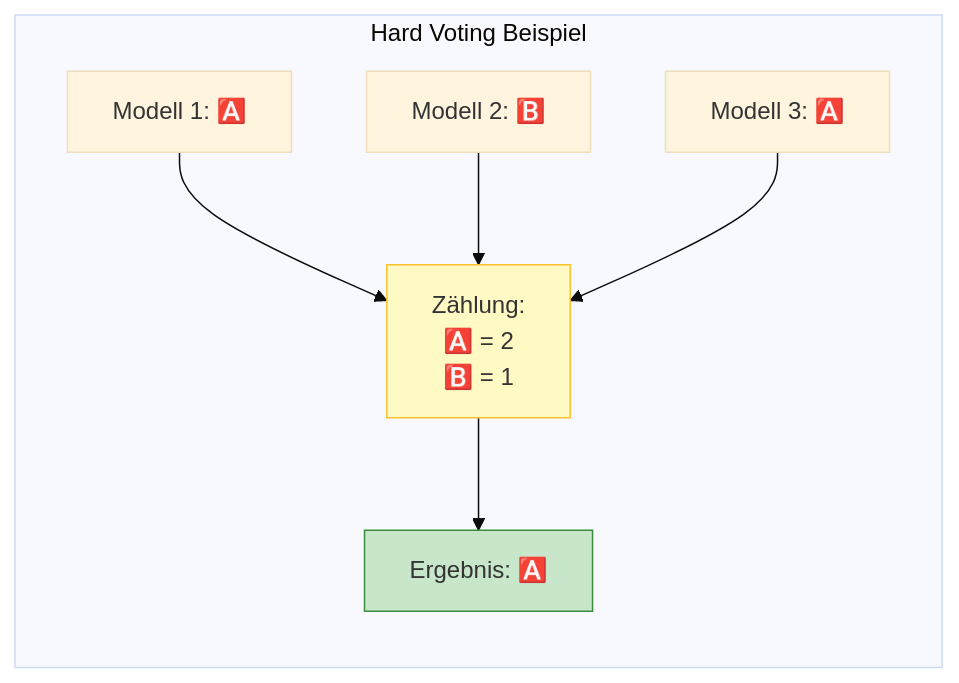
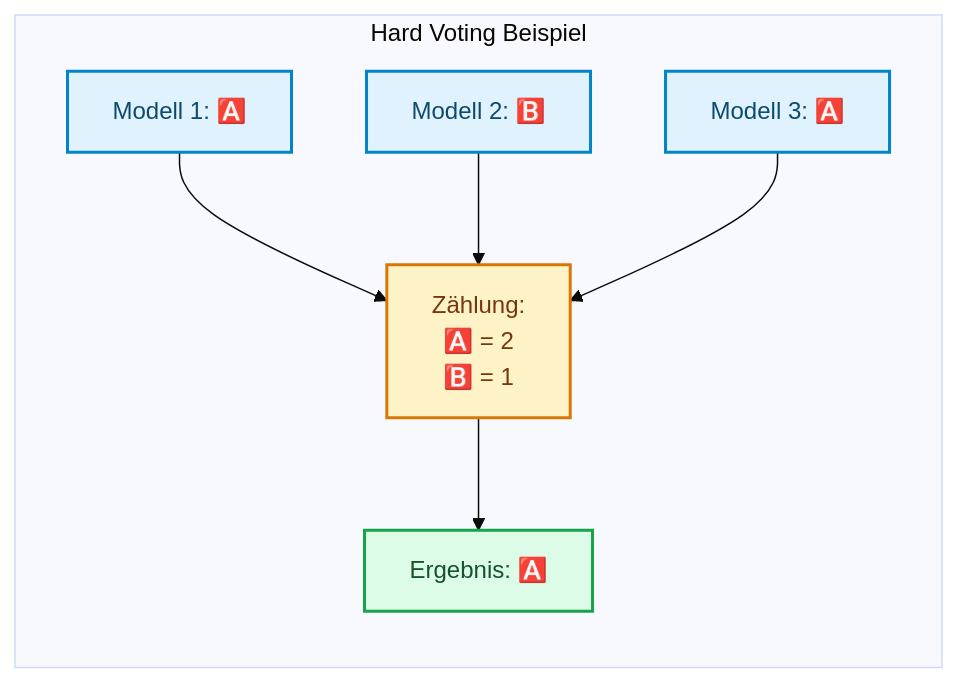
The third of 9 diagrams in docs/concepts/modeling/stacking.md (ralf-42/ML_Intro), drawn with Mermaid (base theme) before and after one commit. The commit also changed other lines of this file and 67 other files, not shown here.

````diff
--- a/docs/concepts/modeling/stacking.md
+++ b/docs/concepts/modeling/stacking.md
@@ -94,17 +98,20 @@
 ```mermaid
 flowchart LR
     subgraph HV["Hard Voting Beispiel"]
         M1["Modell 1: 🅰️"] 
         M2["Modell 2: 🅱️"]
         M3["Modell 3: 🅰️"]
         
         M1 --> COUNT["Zählung:<br>🅰️ = 2<br>🅱️ = 1"]
         M2 --> COUNT
         M3 --> COUNT
         
         COUNT --> RESULT["Ergebnis: 🅰️"]
     end
-    
-    style COUNT fill:#fff9c4,stroke:#fbc02d
-    style RESULT fill:#c8e6c9,stroke:#388e3c
+
+    classDef default fill:#e0f2fe,stroke:#0284c7,stroke-width:2px,color:#0c4a6e;
+    classDef metric fill:#fef3c7,stroke:#d97706,stroke-width:2px,color:#78350f;
+    classDef output fill:#dcfce7,stroke:#16a34a,stroke-width:2px,color:#14532d;
+    class COUNT metric;
+    class RESULT output;
 ```
````
